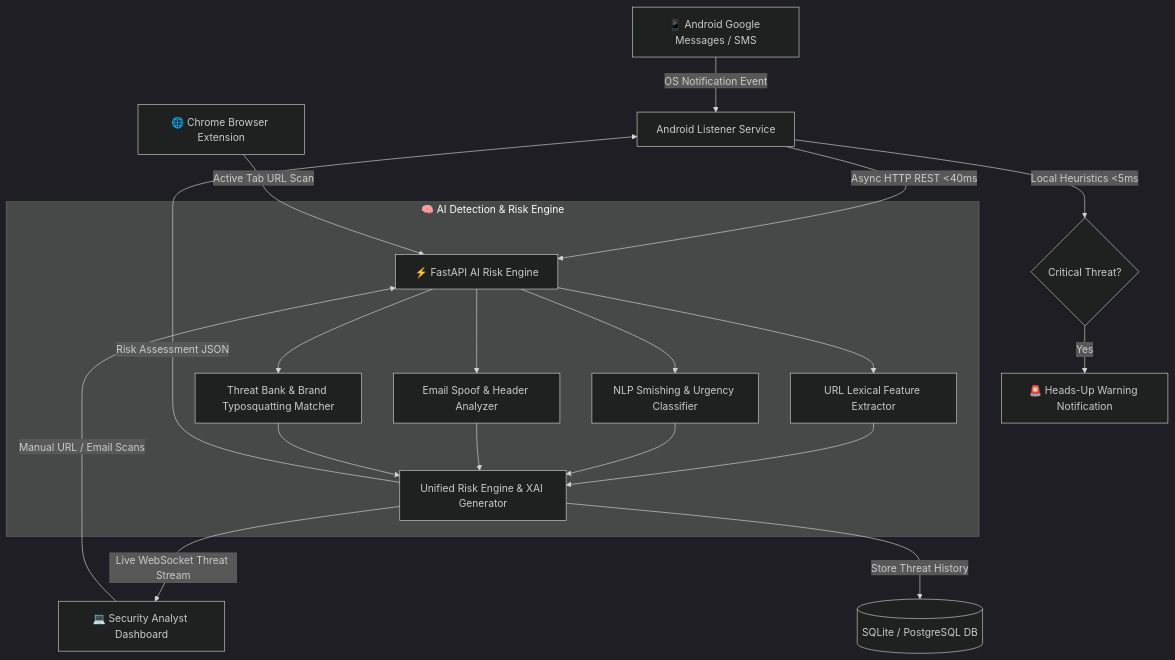
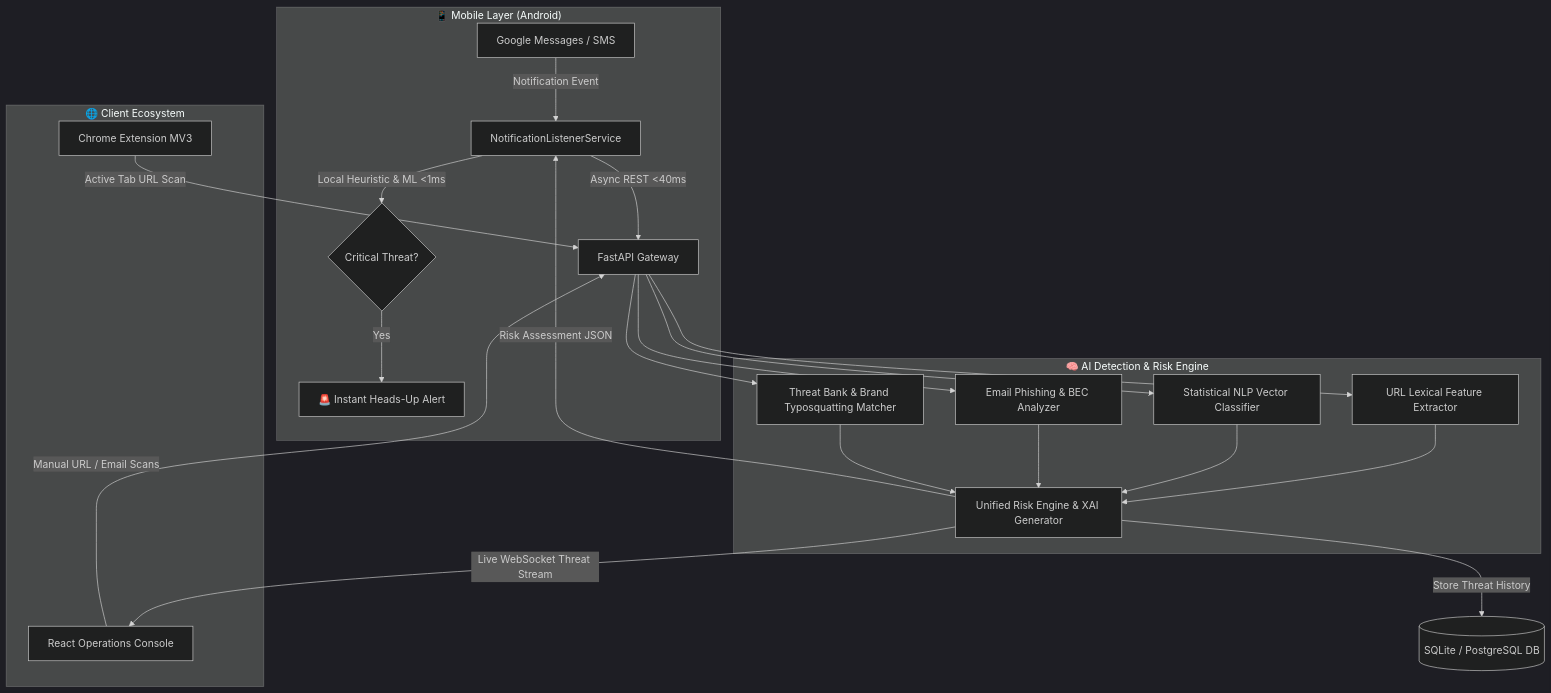
One commit to bharath0907-bunny/PhishGuard changed the diagram in PROJECT_REPORT.md. Above: the diagram before and after it, drawn with Mermaid (dark theme). The commit also changed other lines of this file and 8 other files, not shown here.

````diff
--- a/PROJECT_REPORT.md
+++ b/PROJECT_REPORT.md
@@ -30,22 +30,26 @@
 ```mermaid
-graph TD
-    A[📱 Android Google Messages / SMS] -->|OS Notification Event| B[Android Listener Service]
-    B -->|Local Heuristics <5ms| C{Critical Threat?}
-    C -->|Yes| D[🚨 Heads-Up Warning Notification]
-    B -->|Async HTTP REST <40ms| E[⚡ FastAPI AI Risk Engine]
-    
-    F[🌐 Chrome Browser Extension] -->|Active Tab URL Scan| E
-    G[💻 Security Analyst Dashboard] -->|Manual URL / Email Scans| E
-    
+flowchart TD
+    subgraph "📱 Mobile Layer (Android)"
+        A[Google Messages / SMS] -->|Notification Event| B[NotificationListenerService]
+        B -->|Local Heuristic & ML <1ms| C{Critical Threat?}
+        C -->|Yes| D[🚨 Instant Heads-Up Alert]
+        B -->|Async REST <40ms| E[FastAPI Gateway]
+    end
+
+    subgraph "🌐 Client Ecosystem"
+        F[Chrome Extension MV3] -->|Active Tab URL Scan| E
+        G[React Operations Console] -->|Manual URL / Email Scans| E
+    end
+
     subgraph "🧠 AI Detection & Risk Engine"
         E --> H[URL Lexical Feature Extractor]
-        E --> I[NLP Smishing & Urgency Classifier]
-        E --> J[Email Spoof & Header Analyzer]
+        E --> I[Statistical NLP Vector Classifier]
+        E --> J[Email Phishing & BEC Analyzer]
         E --> K[Threat Bank & Brand Typosquatting Matcher]
         H & I & J & K --> L[Unified Risk Engine & XAI Generator]
     end
-    
+
     L -->|Risk Assessment JSON| B
     L -->|Live WebSocket Threat Stream| G
     L -->|Store Threat History| M[(SQLite / PostgreSQL DB)]
 ```
````
